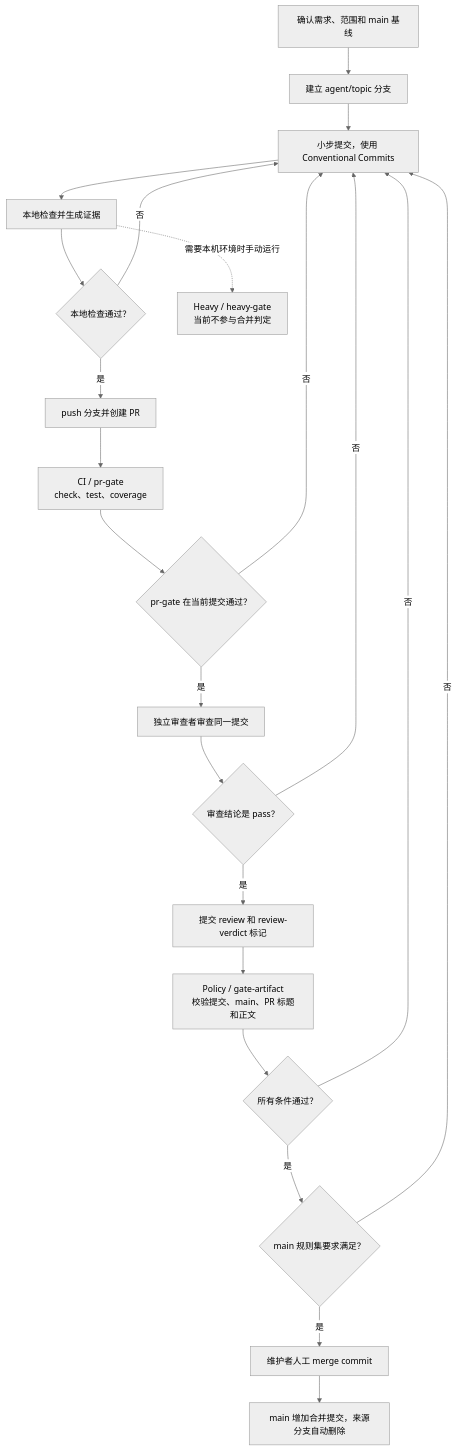
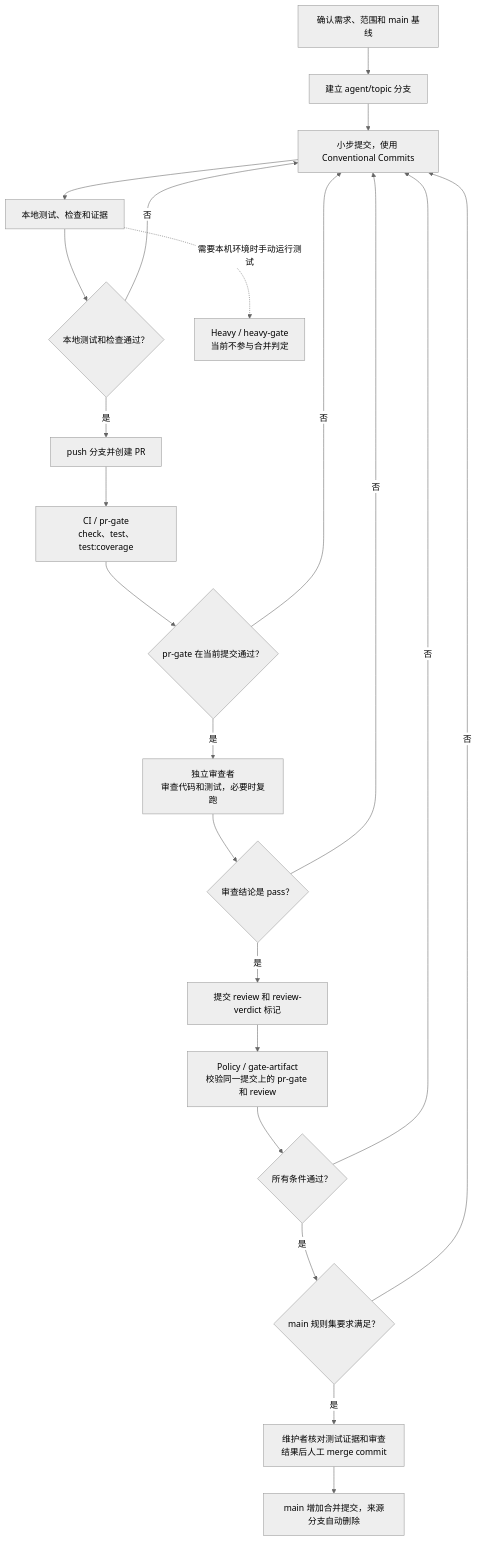
The first of 4 diagrams in docs/github-workflow.md (leigangzhang/dsh-cowork), drawn with Mermaid (neutral theme) before and after one commit. The commit also changed other lines of this file and 2 other files, not shown here.

````diff
--- a/docs/github-workflow.md
+++ b/docs/github-workflow.md
@@ -34,25 +39,25 @@
 ```mermaid
 flowchart TD
   A["确认需求、范围和 main 基线"] --> B["建立 agent/topic 分支"]
   B --> C["小步提交，使用 Conventional Commits"]
-  C --> D["本地检查并生成证据"]
-  D --> E{"本地检查通过？"}
+  C --> D["本地测试、检查和证据"]
+  D --> E{"本地测试和检查通过？"}
   E -- 否 --> C
   E -- 是 --> F["push 分支并创建 PR"]
-  F --> G["CI / pr-gate<br/>check、test、coverage"]
+  F --> G["CI / pr-gate<br/>check、test、test:coverage"]
   G --> H{"pr-gate 在当前提交通过？"}
   H -- 否 --> C
-  H -- 是 --> I["独立审查者审查同一提交"]
+  H -- 是 --> I["独立审查者<br/>审查代码和测试，必要时复跑"]
   I --> J{"审查结论是 pass？"}
   J -- 否 --> C
   J -- 是 --> K["提交 review 和 review-verdict 标记"]
-  K --> L["Policy / gate-artifact<br/>校验提交、main、PR 标题和正文"]
+  K --> L["Policy / gate-artifact<br/>校验同一提交上的 pr-gate 和 review"]
   L --> M{"所有条件通过？"}
   M -- 否 --> C
   M -- 是 --> N{"main 规则集要求满足？"}
   N -- 否 --> C
-  N -- 是 --> O["维护者人工 merge commit"]
+  N -- 是 --> O["维护者核对测试证据和审查结果后人工 merge commit"]
   O --> P["main 增加合并提交，来源分支自动删除"]
 
-  D -. 需要本机环境时手动运行 .-> X["Heavy / heavy-gate<br/>当前不参与合并判定"]
+  D -. 需要本机环境时手动运行测试 .-> X["Heavy / heavy-gate<br/>当前不参与合并判定"]
 ```
````
